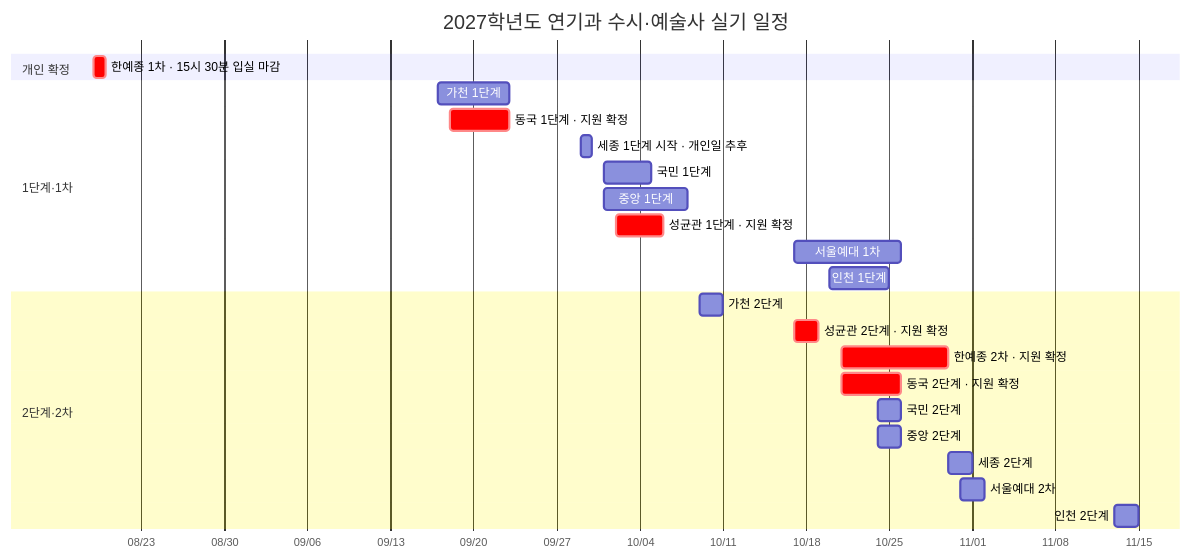
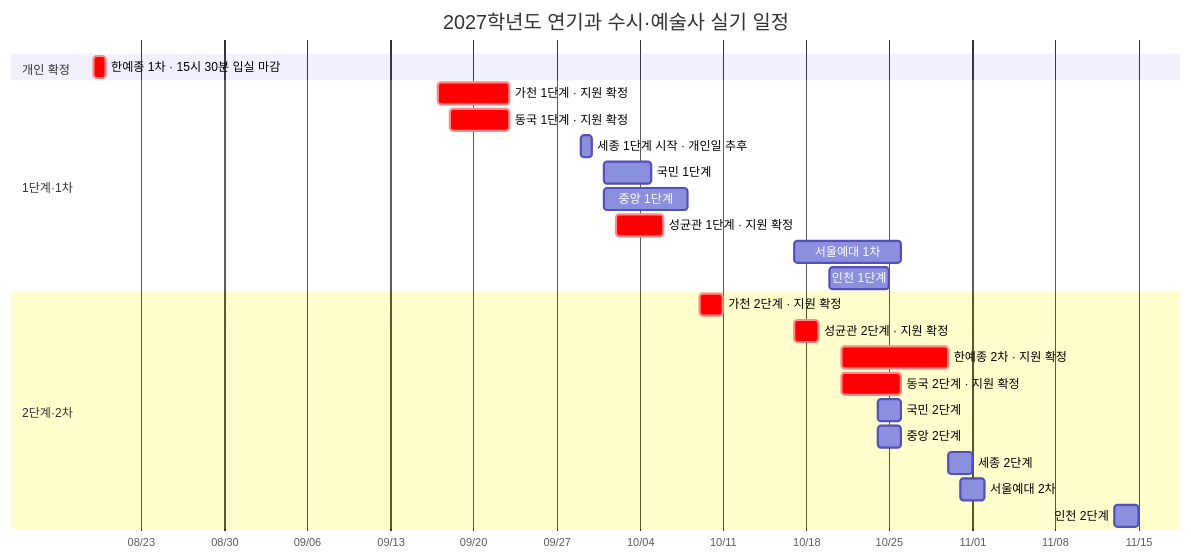
One commit to Aera0512/Base_ changed the diagram in 정리/입시/2027 연기과 시험 일정 그래프.md. Above: the diagram before and after it, drawn with Mermaid. The commit also changed other lines of this file and 1 other file, not shown here.

````diff
--- a/정리/입시/2027 연기과 시험 일정 그래프.md
+++ b/정리/입시/2027 연기과 시험 일정 그래프.md
@@ -31,30 +31,30 @@
 ```mermaid
 gantt
     title 2027학년도 연기과 수시·예술사 실기 일정
     dateFormat  YYYY-MM-DD
     axisFormat  %m/%d
 
     section 개인 확정
     한예종 1차 · 15시 30분 입실 마감 :crit, karts1, 2026-08-19, 1d
 
     section 1단계·1차
-    가천 1단계                    :gachon1, 2026-09-17, 2026-09-23
+    가천 1단계 · 지원 확정         :crit, gachon1, 2026-09-17, 2026-09-23
     동국 1단계 · 지원 확정         :crit, dongguk1, 2026-09-18, 2026-09-23
     세종 1단계 시작 · 개인일 추후 :sejong1, 2026-09-29, 1d
     국민 1단계                    :kookmin1, 2026-10-01, 2026-10-05
     중앙 1단계                    :cau1, 2026-10-01, 2026-10-08
     성균관 1단계 · 지원 확정       :crit, skku1, 2026-10-02, 2026-10-06
     서울예대 1차                  :seoularts1, 2026-10-17, 2026-10-26
     인천 1단계                    :inu1, 2026-10-20, 2026-10-25
 
     section 2단계·2차
-    가천 2단계                    :gachon2, 2026-10-09, 2026-10-11
+    가천 2단계 · 지원 확정         :crit, gachon2, 2026-10-09, 2026-10-11
     성균관 2단계 · 지원 확정       :crit, skku2, 2026-10-17, 2026-10-19
     한예종 2차 · 지원 확정         :crit, karts2, 2026-10-21, 2026-10-30
     동국 2단계 · 지원 확정         :crit, dongguk2, 2026-10-21, 2026-10-26
     국민 2단계                    :kookmin2, 2026-10-24, 2026-10-26
     중앙 2단계                    :cau2, 2026-10-24, 2026-10-26
     세종 2단계                    :sejong2, 2026-10-30, 2026-11-01
     서울예대 2차                  :seoularts2, 2026-10-31, 2026-11-02
     인천 2단계                    :inu2, 2026-11-13, 2026-11-15
 ```
````
